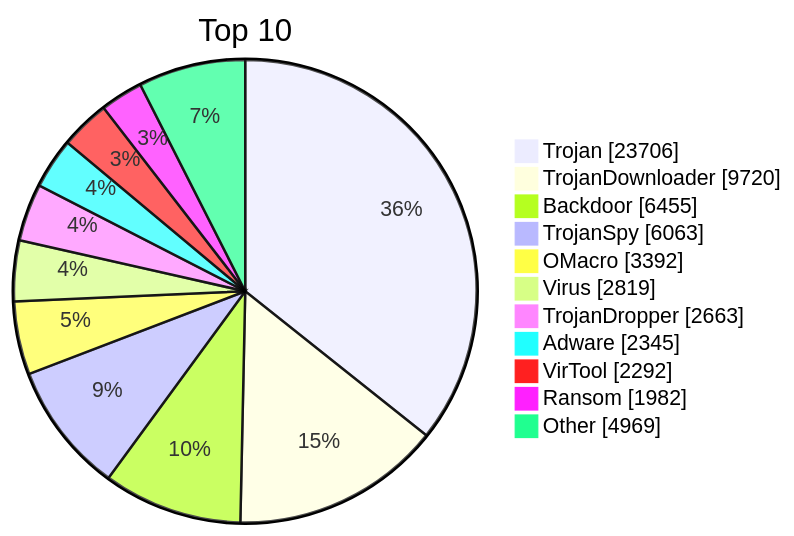
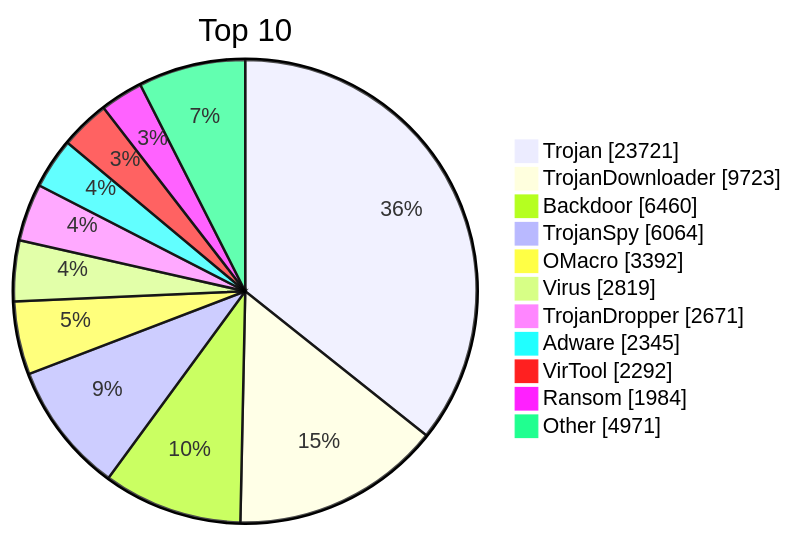
One commit to JerryLinLinLin/huorong-virdb-changelog changed the diagram in README.md. Above: the diagram before and after it, drawn with Mermaid. The commit also changed other lines of this file and 7 other files, not shown here.

````diff
--- a/README.md
+++ b/README.md
@@ -18,15 +18,15 @@
 ```mermaid
 pie showData
     title Top 10
-    "Trojan" : 23706
-    "TrojanDownloader" : 9720
-    "Backdoor" : 6455
-    "TrojanSpy" : 6063
+    "Trojan" : 23721
+    "TrojanDownloader" : 9723
+    "Backdoor" : 6460
+    "TrojanSpy" : 6064
     "OMacro" : 3392
     "Virus" : 2819
-    "TrojanDropper" : 2663
+    "TrojanDropper" : 2671
     "Adware" : 2345
     "VirTool" : 2292
-    "Ransom" : 1982
-    "Other" : 4969
+    "Ransom" : 1984
+    "Other" : 4971
 ```
````
